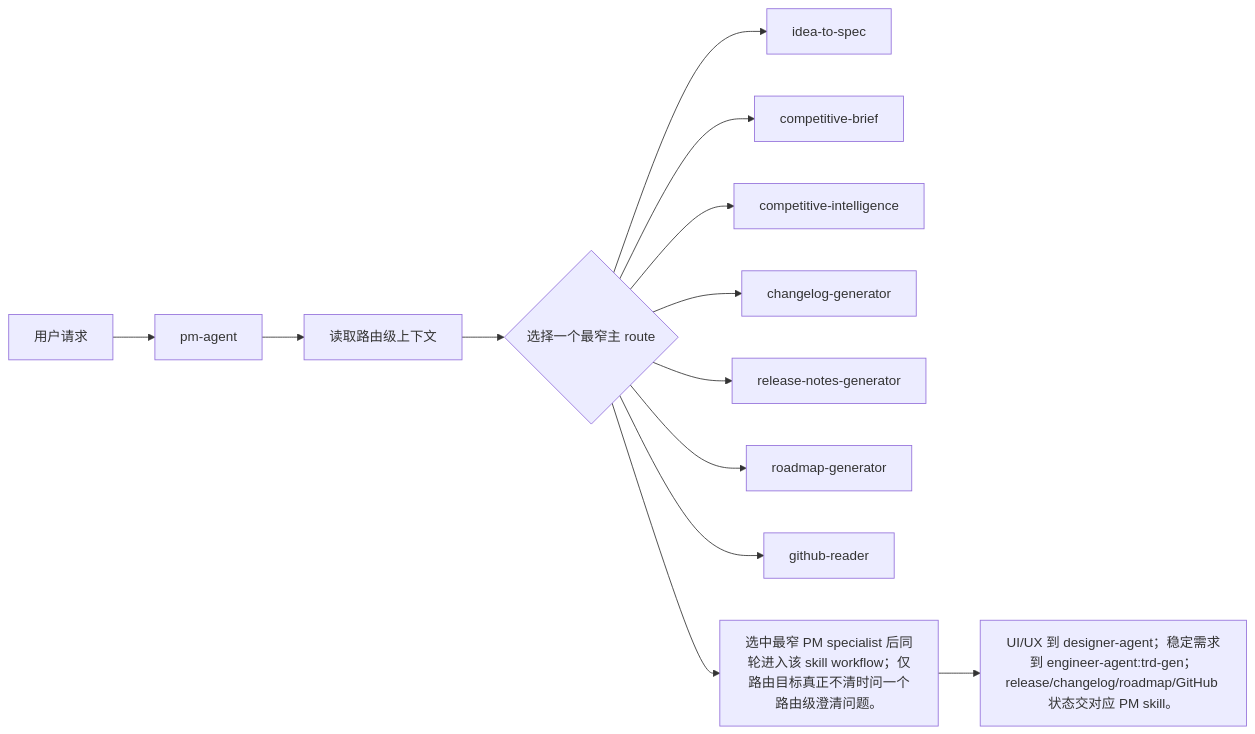
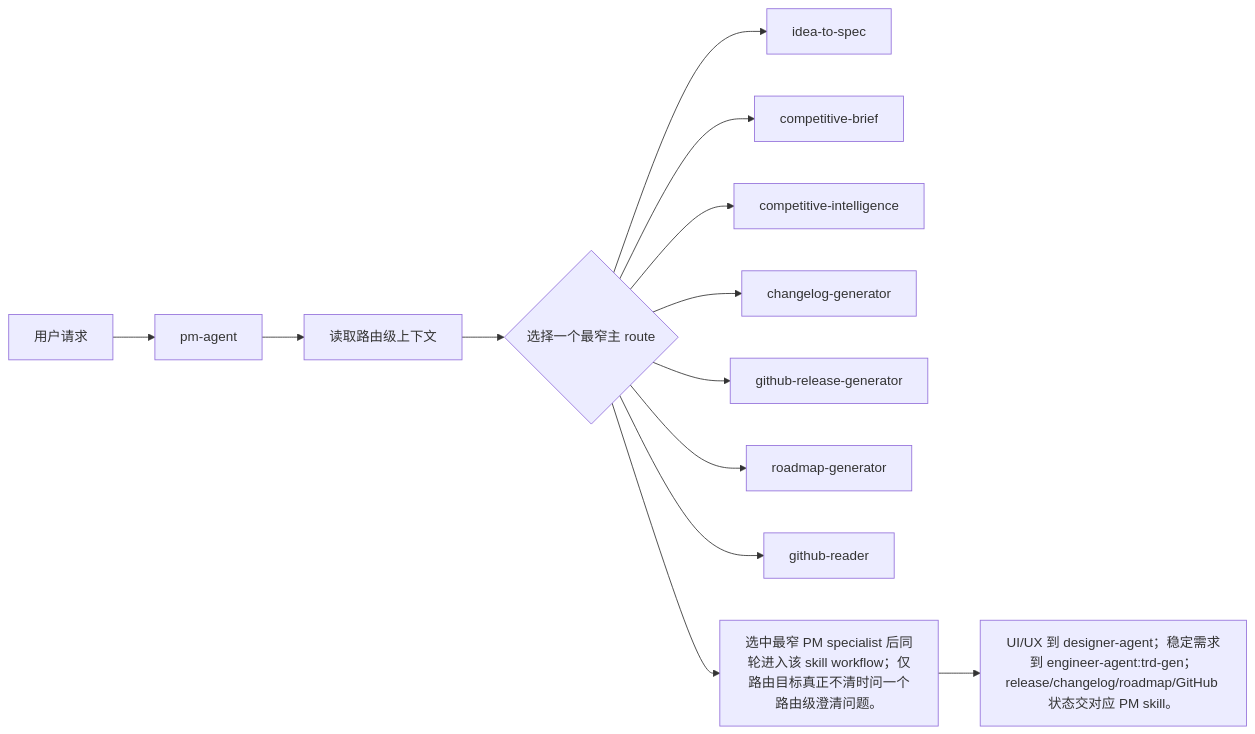
The diagram in docs/pm/agents/pm-agent/skills/pm-agent/PRD.md (Neplich/dev-agent-skills), drawn with Mermaid before and after one commit. The commit also changed other lines of this file and 66 other files, not shown here.

First line of the commit message:
feat: PM Release skill 收敛为 github-release-generator (#129)

````diff
--- a/docs/pm/agents/pm-agent/skills/pm-agent/PRD.md
+++ b/docs/pm/agents/pm-agent/skills/pm-agent/PRD.md
@@ -109,15 +109,15 @@
 ```mermaid
 flowchart LR
     User["用户请求"] --> Entry["pm-agent"]
     Entry --> Context["读取路由级上下文"]
     Context --> Decision{"选择一个最窄主 route"}
     Decision --> idea_to_spec["idea-to-spec"]
     Decision --> competitive_brief["competitive-brief"]
     Decision --> competitive_intelligence["competitive-intelligence"]
     Decision --> changelog_generator["changelog-generator"]
-    Decision --> release_notes_generator["release-notes-generator"]
+    Decision --> github_release_generator["github-release-generator"]
     Decision --> roadmap_generator["roadmap-generator"]
     Decision --> github_reader["github-reader"]
     Decision --> Output["选中最窄 PM specialist 后同轮进入该 skill workflow；仅路由目标真正不清时问一个路由级澄清问题。"]
     Output --> Handoff["UI/UX 到 designer-agent；稳定需求到 engineer-agent:trd-gen；release/changelog/roadmap/GitHub 状态交对应 PM skill。"]
 ```
````
